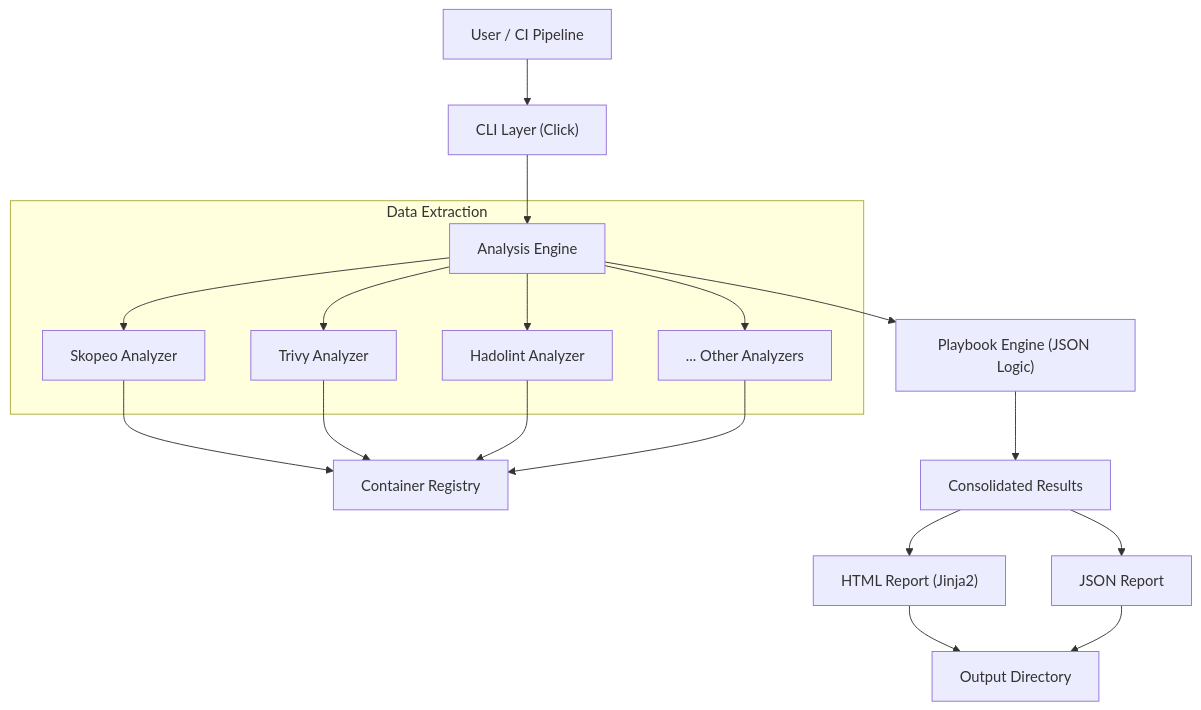
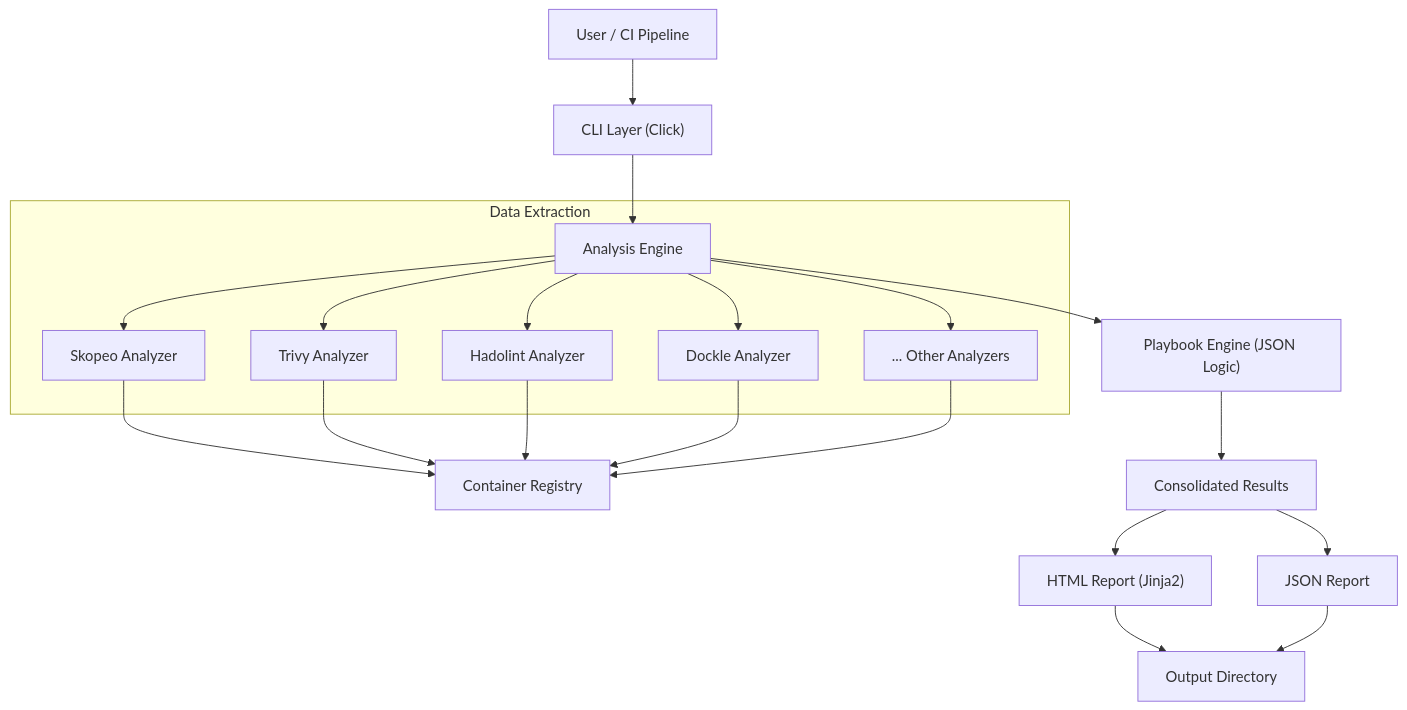
The diagram in docs/modules/ROOT/pages/overview.adoc (trivoallan/regis-cli), drawn with Mermaid before and after one commit. The commit also changed other lines of this file and 9 other files, not shown here.

Commit message:
feat(analyzer/dockle): add Dockle analyzer for container image security and best practices linting with supporting schema, tests, and documentation.

```diff
--- a/docs/modules/ROOT/pages/overview.adoc
+++ b/docs/modules/ROOT/pages/overview.adoc
@@ -18,23 +18,24 @@
 [mermaid]
 ....
 graph TD
     User["User / CI Pipeline"] --> CLI["CLI Layer (Click)"]
     CLI --> Engine["Analysis Engine"]
     
     subgraph "Data Extraction"
         Engine --> A1["Skopeo Analyzer"]
         Engine --> A2["Trivy Analyzer"]
         Engine --> A3["Hadolint Analyzer"]
+        Engine --> A4["Dockle Analyzer"]
         Engine --> AN["... Other Analyzers"]
     end
     
-    A1 & A2 & A3 & AN --> Registry["Container Registry"]
+    A1 & A2 & A3 & A4 & AN --> Registry["Container Registry"]
     
     Engine --> Playbook["Playbook Engine (JSON Logic)"]
     Playbook --> Results["Consolidated Results"]
     
     Results --> HTML["HTML Report (Jinja2)"]
     Results --> JSON["JSON Report"]
     
     HTML & JSON --> Output["Output Directory"]
 ....
```
